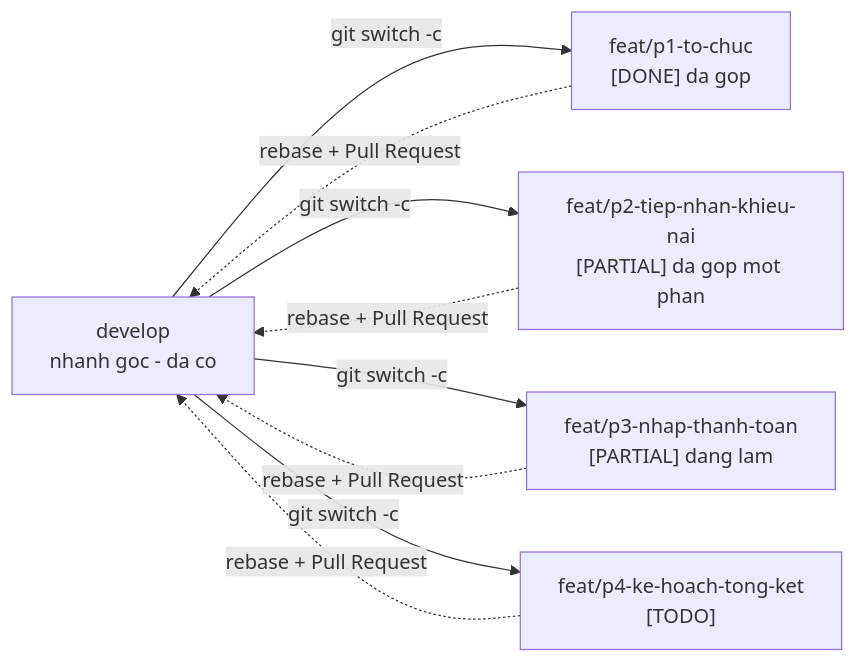
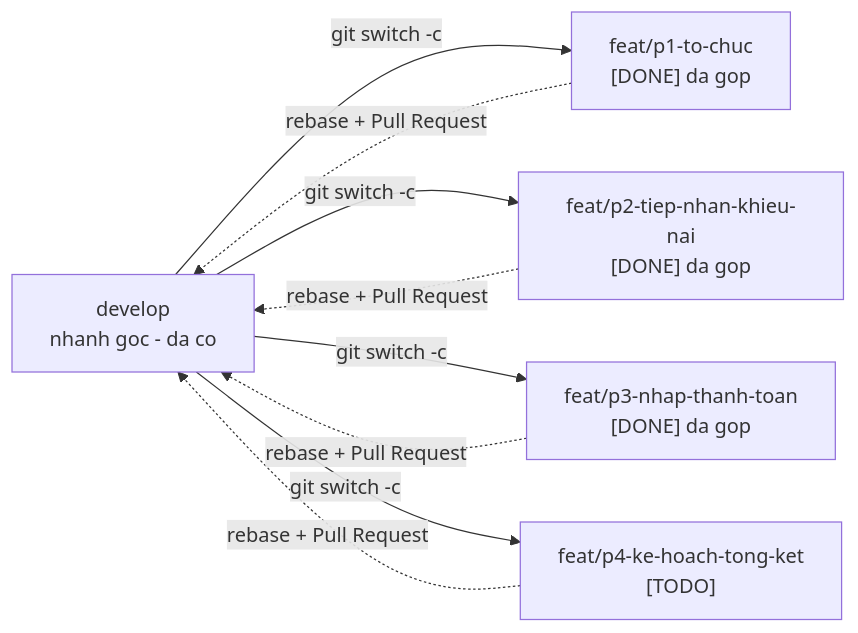
Before and after one commit to MaiTheHao/iuh-fall2026-ptud: the tenth of 10 diagrams in assets/tasks/DGRAPH.md, drawn with Mermaid. The commit also changed other lines of this file and 3 other files, not shown here.

````diff
--- a/assets/tasks/DGRAPH.md
+++ b/assets/tasks/DGRAPH.md
@@ -301,17 +286,17 @@
 ```mermaid
 flowchart LR
     dev["develop<br/>nhanh goc - da co"]
     b1["feat/p1-to-chuc<br/>[DONE] da gop"]
-    b2["feat/p2-tiep-nhan-khieu-nai<br/>[PARTIAL] da gop mot phan"]
-    b3["feat/p3-nhap-thanh-toan<br/>[PARTIAL] dang lam"]
+    b2["feat/p2-tiep-nhan-khieu-nai<br/>[DONE] da gop"]
+    b3["feat/p3-nhap-thanh-toan<br/>[DONE] da gop"]
     b4["feat/p4-ke-hoach-tong-ket<br/>[TODO]"]
 
     dev -->|"git switch -c"| b1
     dev -->|"git switch -c"| b2
     dev -->|"git switch -c"| b3
     dev -->|"git switch -c"| b4
     b1 -.->|"rebase + Pull Request"| dev
     b2 -.->|"rebase + Pull Request"| dev
     b3 -.->|"rebase + Pull Request"| dev
     b4 -.->|"rebase + Pull Request"| dev
 ```
````
